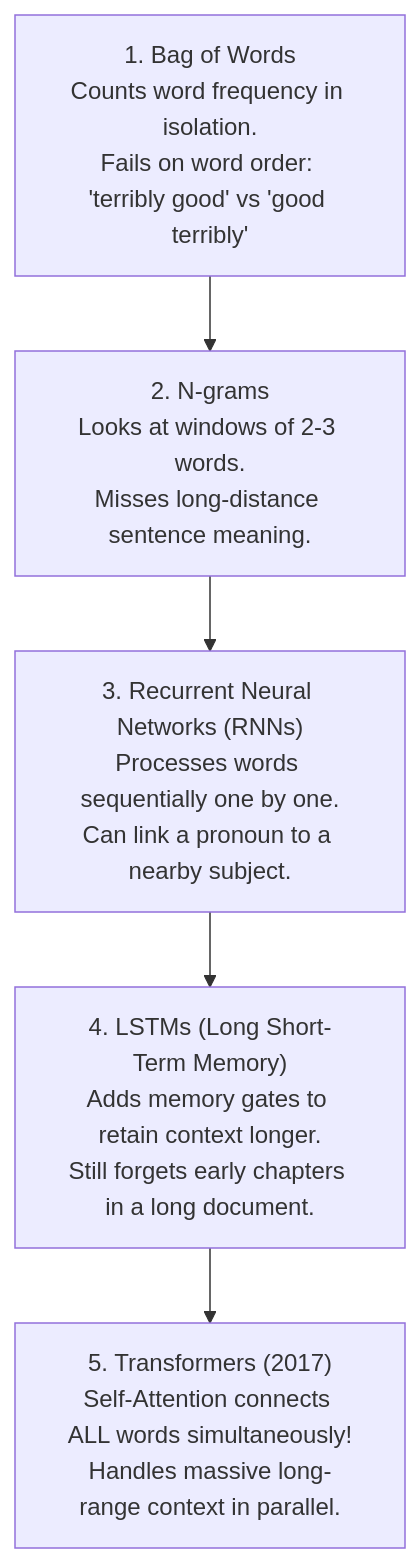
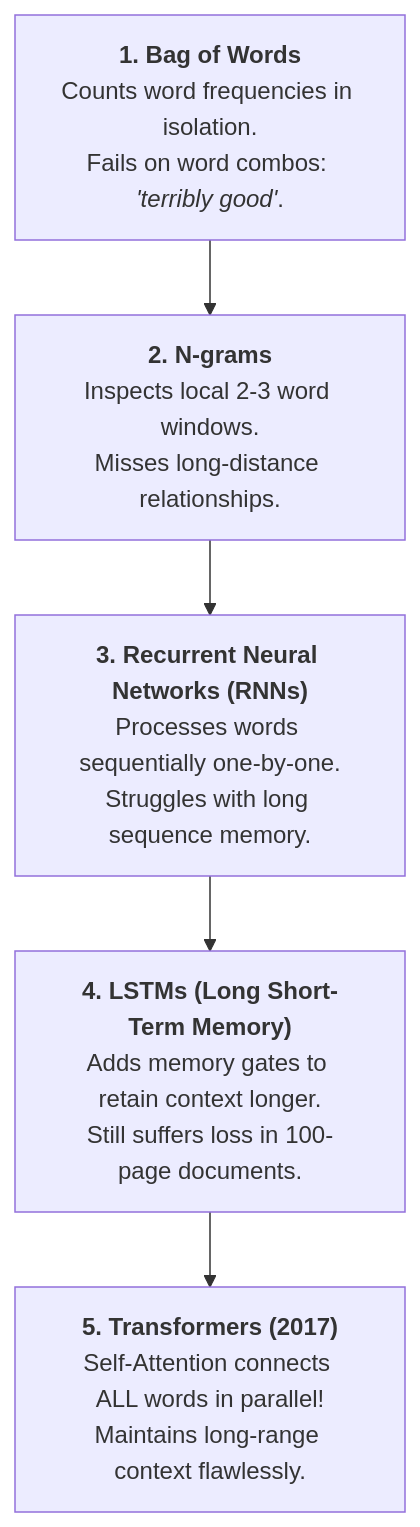
The second of 2 diagrams in Nameste-AI/Season_01/01_The_Evolution_of_AI.md (Nishant8826/theory-leaning), drawn with Mermaid before and after one commit. The commit also changed other lines of this file and 7 other files, not shown here.

````diff
--- a/Nameste-AI/Season_01/01_The_Evolution_of_AI.md
+++ b/Nameste-AI/Season_01/01_The_Evolution_of_AI.md
@@ -259,7 +285,7 @@
 ```mermaid
 flowchart TD
-    A["1. Bag of Words\nCounts word frequency in isolation.\nFails on word order: 'terribly good' vs 'good terribly'"] --> B["2. N-grams\nLooks at windows of 2-3 words.\nMisses long-distance sentence meaning."]
-    B --> C["3. Recurrent Neural Networks (RNNs)\nProcesses words sequentially one by one.\nCan link a pronoun to a nearby subject."]
-    C --> D["4. LSTMs (Long Short-Term Memory)\nAdds memory gates to retain context longer.\nStill forgets early chapters in a long document."]
-    D --> E["5. Transformers (2017)\nSelf-Attention connects ALL words simultaneously!\nHandles massive long-range context in parallel."]
+    A["<b>1. Bag of Words</b><br/>Counts word frequencies in isolation.<br/>Fails on word combos: <i>'terribly good'</i>."] --> B["<b>2. N-grams</b><br/>Inspects local 2-3 word windows.<br/>Misses long-distance relationships."]
+    B --> C["<b>3. Recurrent Neural Networks (RNNs)</b><br/>Processes words sequentially one-by-one.<br/>Struggles with long sequence memory."]
+    C --> D["<b>4. LSTMs (Long Short-Term Memory)</b><br/>Adds memory gates to retain context longer.<br/>Still suffers loss in 100-page documents."]
+    D --> E["<b>5. Transformers (2017)</b><br/>Self-Attention connects ALL words in parallel!<br/>Maintains long-range context flawlessly."]
 ```
````
